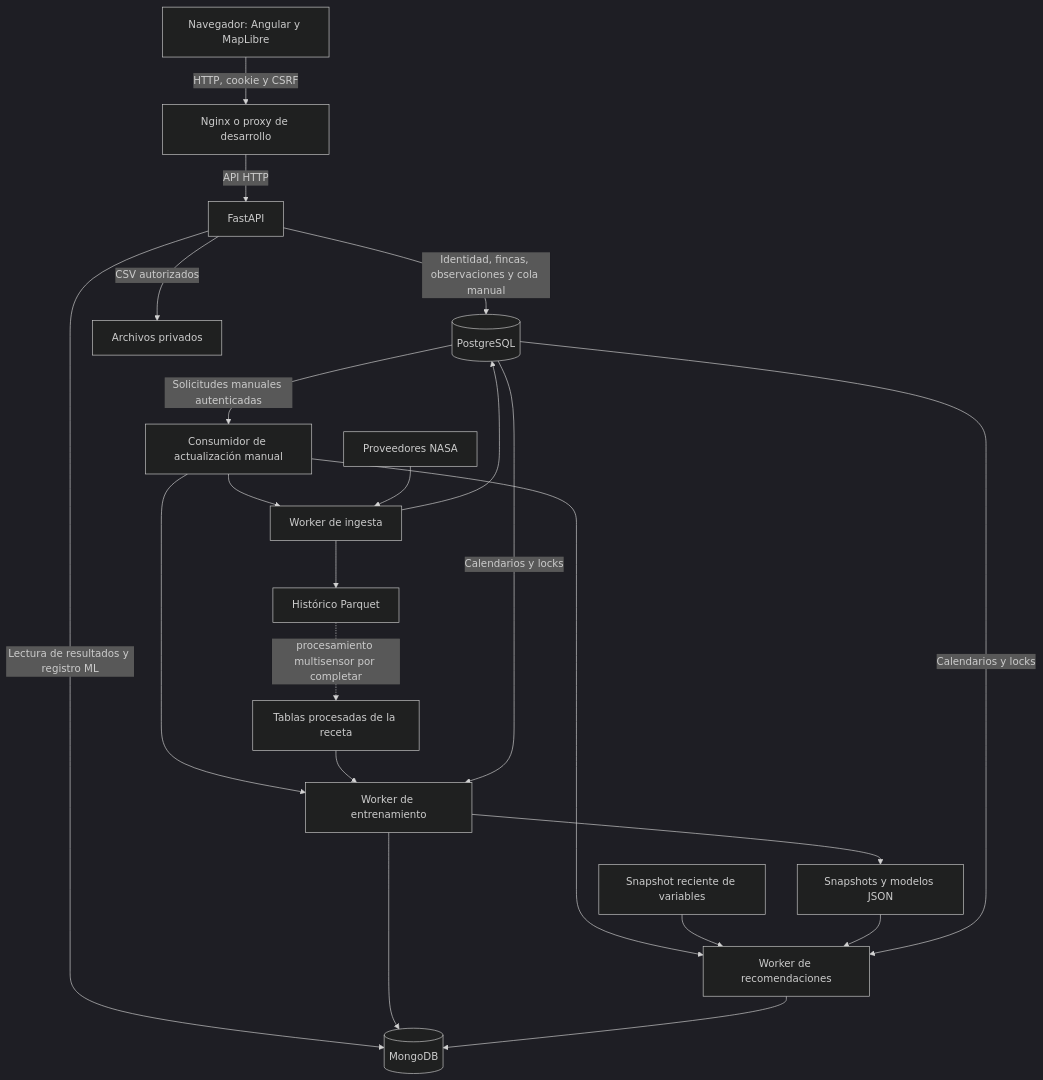
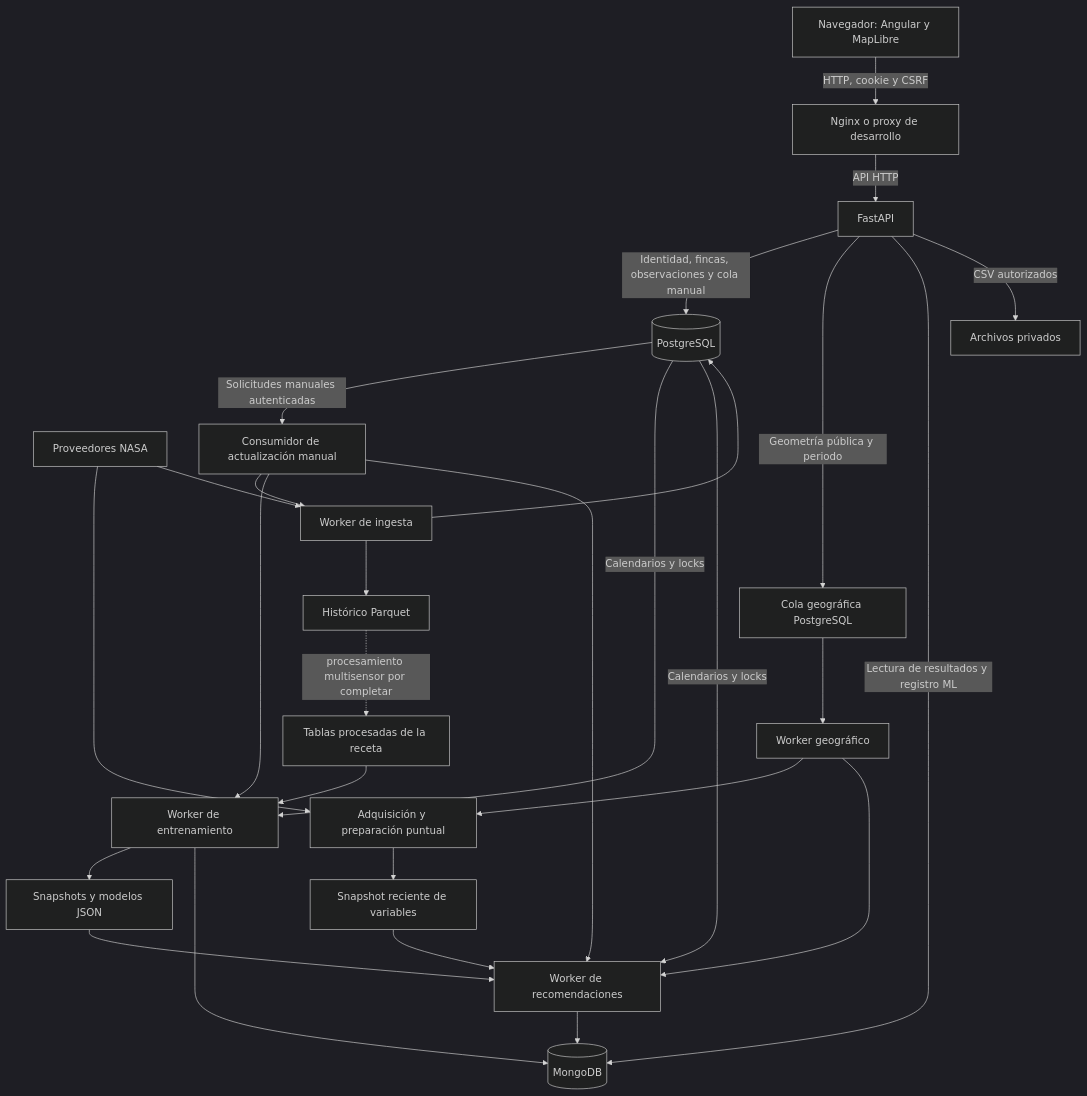
Before and after one commit to Samuelbomc/SpaceApps2026: the second of 2 diagrams in docs/architecture/overview.md, drawn with Mermaid (dark theme). The commit also changed other lines of this file and 118 other files, not shown here.

````diff
--- a/docs/architecture/overview.md
+++ b/docs/architecture/overview.md
@@ -25,24 +25,30 @@
 ```mermaid
 flowchart TD
     BROWSER[Navegador: Angular y MapLibre] -->|HTTP, cookie y CSRF| WEB[Nginx o proxy de desarrollo]
     WEB -->|API HTTP| API[FastAPI]
     API -->|Identidad, fincas, observaciones y cola manual| PG[(PostgreSQL)]
+    API -->|Geometría pública y periodo| GEOQUEUE[Cola geográfica PostgreSQL]
+    GEOQUEUE --> GEOWORKER[Worker geográfico]
+    GEOWORKER --> POINT[Adquisición y preparación puntual]
+    NASA --> POINT
+    POINT --> FEATURES
+    GEOWORKER --> RECOMMEND
     PG -->|Solicitudes manuales autenticadas| MANUAL[Consumidor de actualización manual]
     MANUAL --> INGEST
     MANUAL --> TRAIN
     MANUAL --> RECOMMEND
     API -->|Lectura de resultados y registro ML| MONGO[(MongoDB)]
     API -->|CSV autorizados| PRIVATE[Archivos privados]
     NASA[Proveedores NASA] --> INGEST[Worker de ingesta]
     INGEST --> PG
     INGEST --> HISTORY[Histórico Parquet]
     PREPARED[Tablas procesadas de la receta] --> TRAIN[Worker de entrenamiento]
     HISTORY -. procesamiento multisensor por completar .-> PREPARED
     TRAIN --> ARTIFACTS[Snapshots y modelos JSON]
     TRAIN --> MONGO
     FEATURES[Snapshot reciente de variables] --> RECOMMEND[Worker de recomendaciones]
     ARTIFACTS --> RECOMMEND
     RECOMMEND --> MONGO
     PG -->|Calendarios y locks| TRAIN
     PG -->|Calendarios y locks| RECOMMEND
 ```
````
